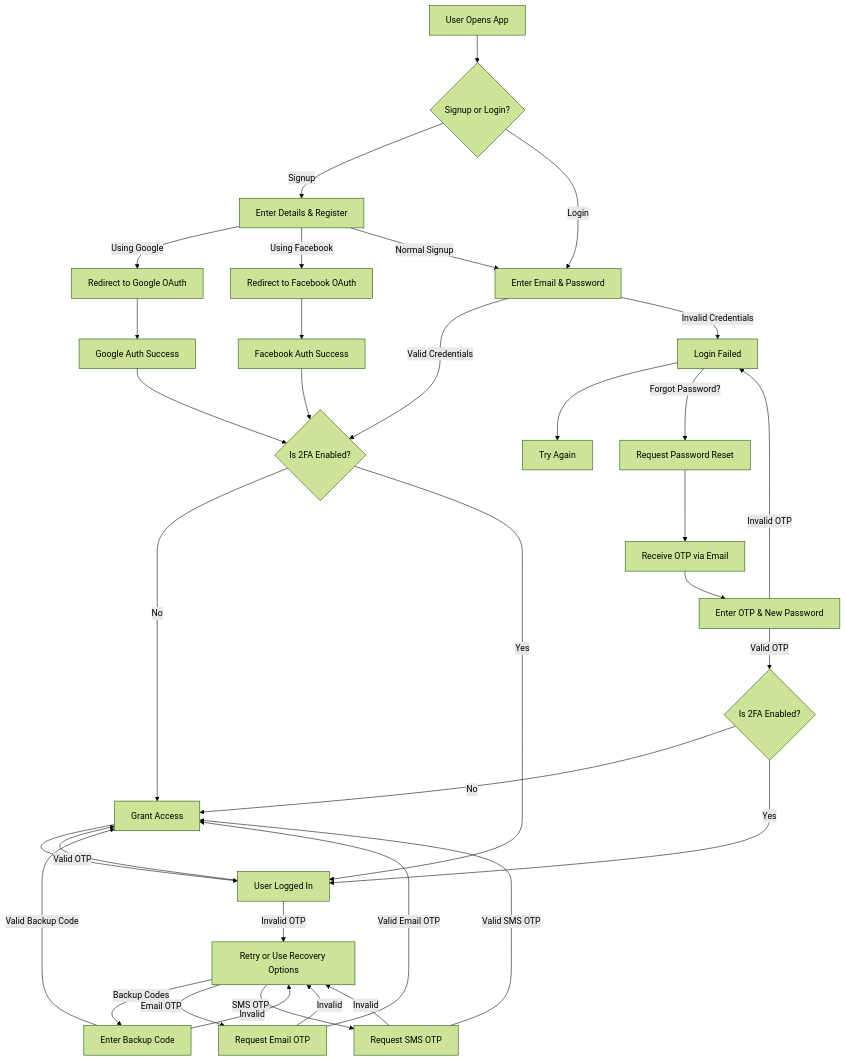
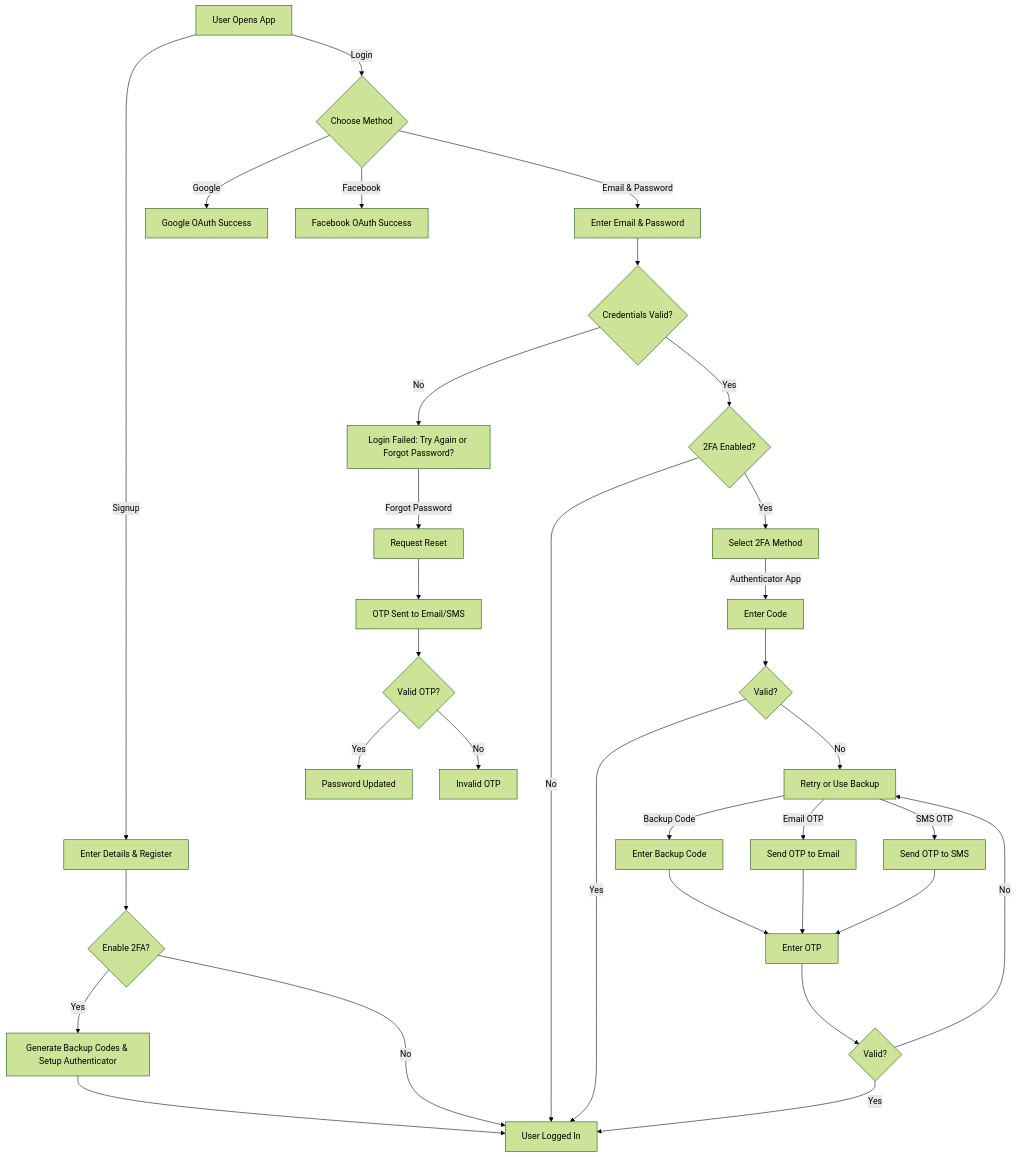
Before and after one commit to goudaabdulhmid2/node-user-auth--2fa: the diagram in README.md, drawn with Mermaid (forest theme).

Commit message:
updat-ReadMe

````diff
--- a/README.md
+++ b/README.md
@@ -122,46 +122,44 @@
 ```mermaid
 %% User Authentication, OAuth, 2FA & Password Recovery Flow
 graph TD;
-    A[User Opens App] --> B{Signup or Login?};
-    B -->|Signup| C[Enter Details & Register];
-    B -->|Login| D[Enter Email & Password];
+  A[User Opens App] -->|Signup| B[Enter Details & Register]
+  B --> C{Enable 2FA?}
+  C -->|Yes| D[Generate Backup Codes & Setup Authenticator]
+  C -->|No| E[User Logged In]
+  D --> E
 
-    C -->|Using Google| G[Redirect to Google OAuth];
-    C -->|Using Facebook| F[Redirect to Facebook OAuth];
-    C -->|Normal Signup| D;
+  A -->|Login| F{Choose Method}
+  F -->|Google| G[Google OAuth Success]
+  F -->|Facebook| H[Facebook OAuth Success]
+  F -->|Email & Password| I[Enter Email & Password]
 
-    G --> H[Google Auth Success] --> J{Is 2FA Enabled?};
-    F --> I[Facebook Auth Success] --> J;
-    D -->|Valid Credentials| J;
-    D -->|Invalid Credentials| X[Login Failed];
+  I --> J{Credentials Valid?}
+  J -->|No| K[Login Failed: Try Again or Forgot Password?]
+  K -->|Forgot Password| L[Request Reset]
+  L --> M[OTP Sent to Email/SMS]
+  M --> N{Valid OTP?}
+  N -->|Yes| O[Password Updated]
+  N -->|No| P[Invalid OTP]
 
-    J -->|No| K[Grant Access];
-    J -->|Yes| L[Enter OTP from Authenticator];
+  J -->|Yes| Q{2FA Enabled?}
+  Q -->|No| E
+  Q -->|Yes| R[Select 2FA Method]
 
-    L -->|Valid OTP| K;
-    L -->|Invalid OTP| Y[Retry or Use Recovery Options];
+  R -->|Authenticator App| S[Enter Code]
+  S --> T{Valid?}
+  T -->|Yes| E
+  T -->|No| U[Retry or Use Backup]
 
-    Y -->|Backup Codes| Z[Enter Backup Code];
-    Y -->|Email OTP| W[Request Email OTP];
-    Y -->|SMS OTP| V[Request SMS OTP];
+  U -->|Backup Code| V[Enter Backup Code]
+  U -->|Email OTP| W[Send OTP to Email]
+  U -->|SMS OTP| X[Send OTP to SMS]
 
-    Z -->|Valid Backup Code| K;
-    W -->|Valid Email OTP| K;
-    V -->|Valid SMS OTP| K;
+  W --> Y[Enter OTP]
+  X --> Y
+  V --> Y
+  Y --> Z{Valid?}
+  Z -->|Yes| E
+  Z -->|No| U
 
-    Z -->|Invalid| Y;
-    W -->|Invalid| Y;
-    V -->|Invalid| Y;
 
-    K --> L[User Logged In];
-    X --> M[Try Again];
-
-    X -->|Forgot Password?| N[Request Password Reset];
-    N --> O[Receive OTP via Email];
-    O --> P[Enter OTP & New Password];
-    P -->|Valid OTP| Q{Is 2FA Enabled?};
-    P -->|Invalid OTP| X;
-
-    Q -->|No| K;
-    Q -->|Yes| L;
 ```
````
